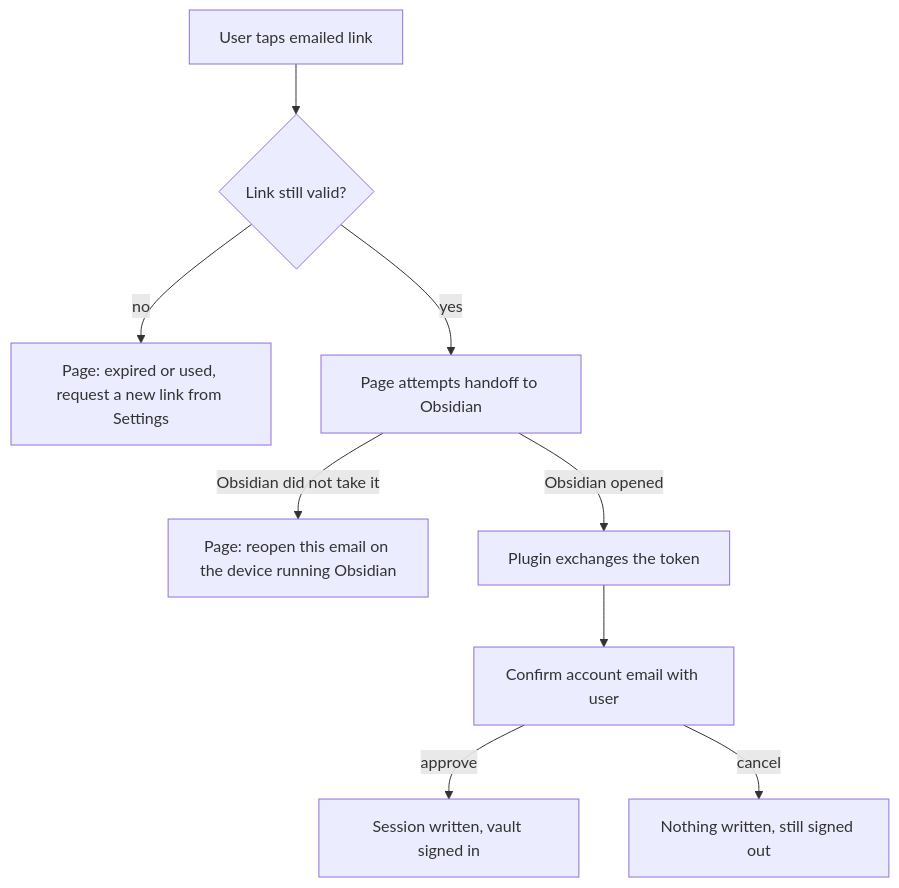
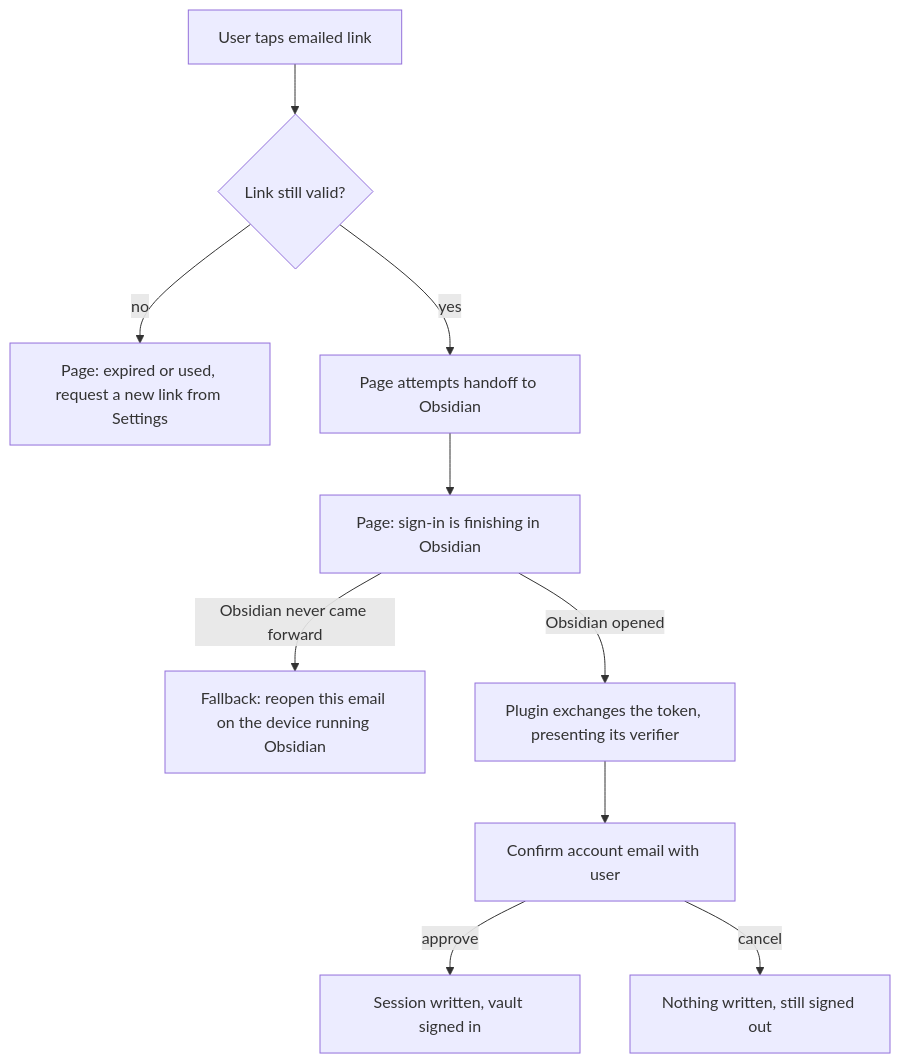
Before and after one commit to taihartman/obsidian-atoms: the diagram in docs/plans/2026-08-05-240-feat-magic-link-plugin-handoff-plan.md, drawn with Mermaid. The commit also changed other lines of this file, not shown here.

````diff
--- a/docs/plans/2026-08-05-240-feat-magic-link-plugin-handoff-plan.md
+++ b/docs/plans/2026-08-05-240-feat-magic-link-plugin-handoff-plan.md
@@ -84,11 +88,12 @@
 ```mermaid
 flowchart TB
   A[User taps emailed link] --> B{Link still valid?}
   B -->|no| C[Page: expired or used, request a new link from Settings]
   B -->|yes| D[Page attempts handoff to Obsidian]
-  D -->|Obsidian did not take it| E[Page: reopen this email on the device running Obsidian]
-  D -->|Obsidian opened| F[Plugin exchanges the token]
+  D --> J[Page: sign-in is finishing in Obsidian]
+  J -->|Obsidian never came forward| E[Fallback: reopen this email on the device running Obsidian]
+  J -->|Obsidian opened| F[Plugin exchanges the token, presenting its verifier]
   F --> G[Confirm account email with user]
   G -->|approve| H[Session written, vault signed in]
   G -->|cancel| I[Nothing written, still signed out]
 ```
````
